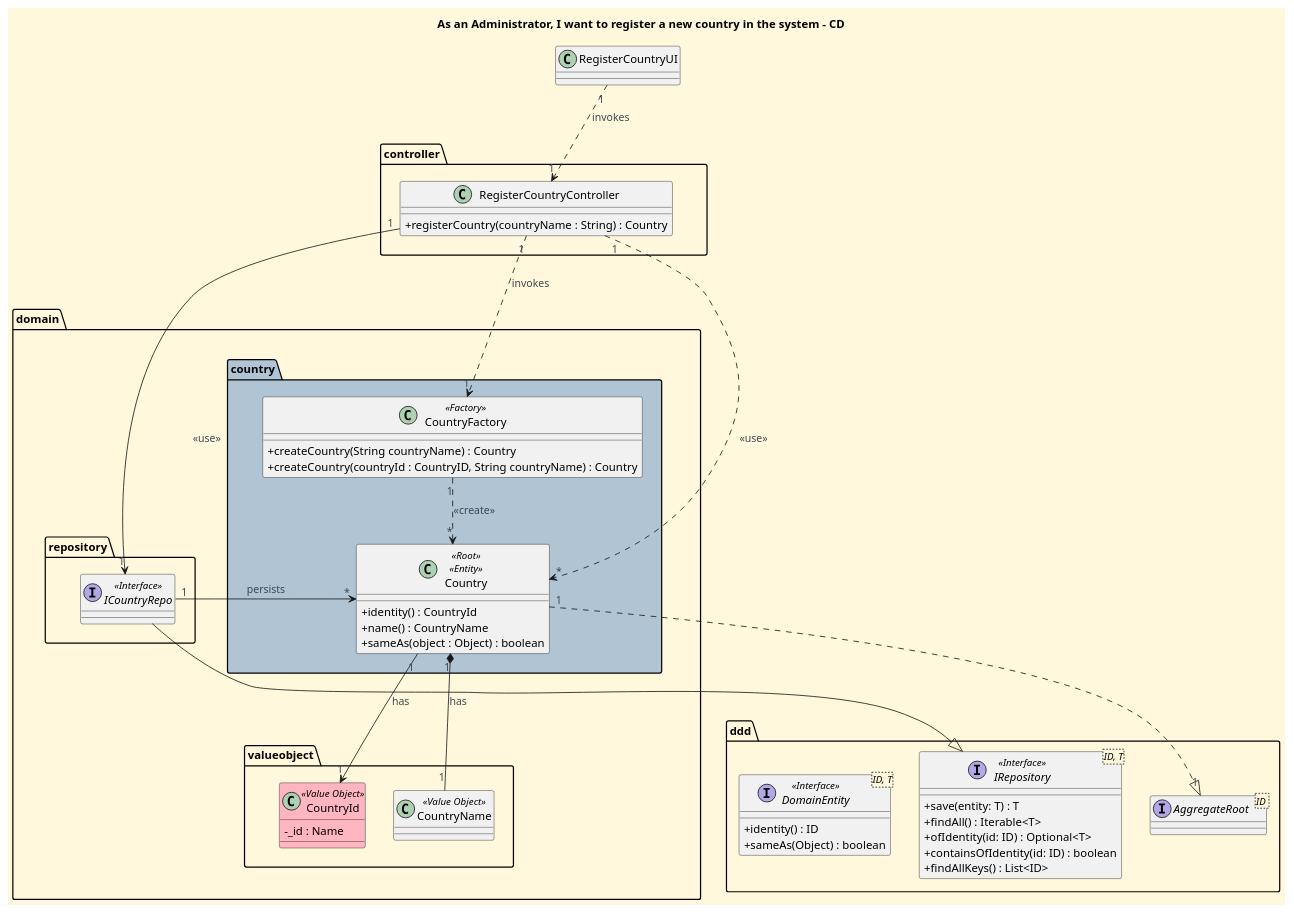
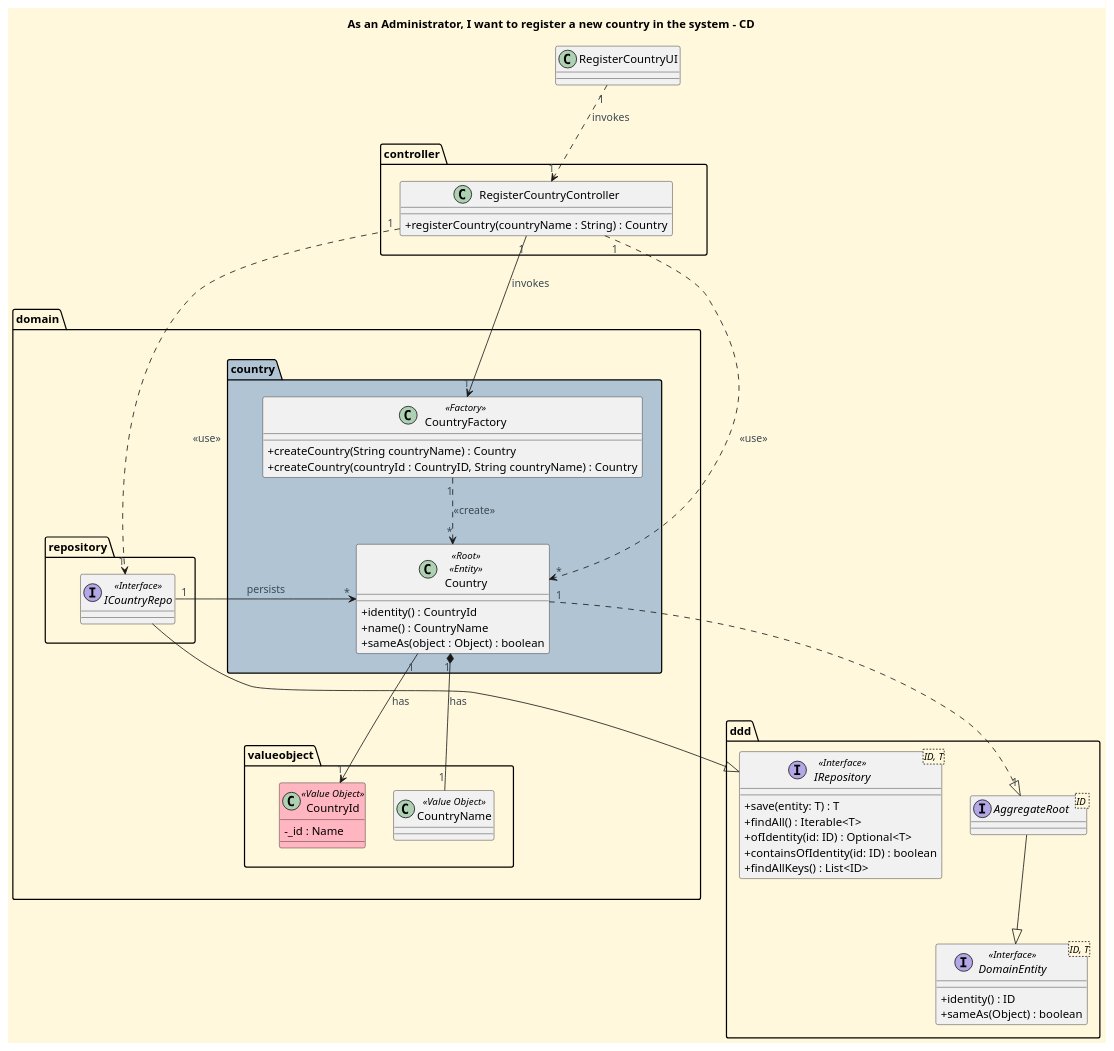
Before and after one commit to CarolinaLeite-collab/JavaMarketplacePlatform: the diagram in docs/functionalities/admin/register-country/Register_Country_CD.puml, drawn with PlantUML. The commit also changed 1 other file, not shown here.

Commit message:
refs #775 change in happy path from object to reconstructedObject to be more precise as to what's happening between persisted objects when returned to domain

```diff
--- a/docs/functionalities/admin/register-country/Register_Country_CD.puml
+++ b/docs/functionalities/admin/register-country/Register_Country_CD.puml
@@ -1,98 +1,99 @@
 @startuml
 title As an Administrator, I want to register a new country in the system - CD
 
 '==== basic style ====
 skinparam monochrome false
 skinparam shadowing false
 skinparam defaultFontName Futura
 skinparam objectFontSize 20
 skinparam backgroundColor CornSilk
 skinparam objectBackgroundColor WhiteSmoke
 skinparam noteBackgroundColor #FFFFE0
 skinparam ArrowFontColor #3B4953
 skinparam ActivationBackgroundColor black
 skinparam classAttributeIconSize 0
 
 ' Control the layout flow
 top to bottom direction
 
 class RegisterCountryUI {
 }
 
 package "controller" {
     class RegisterCountryController {
       + registerCountry(countryName : String) : Country
     }
 }
 
 package "domain" {
 
     package "country" #b0c4d4 {
         class Country <<Root>> <<Entity>> {
           + identity() : CountryId
           + name() : CountryName
           + sameAs(object : Object) : boolean
         }
 
         class CountryFactory <<Factory>> {
           +createCountry(String countryName) : Country
           +createCountry(countryId : CountryID, String countryName) : Country
         }
     }
 
     package "valueobject" {
         class CountryId <<Value Object>> #lightpink {
             -_id : Name
         }
         class CountryName <<Value Object>> {
         }
     }
 
     package "repository" {
         interface ICountryRepo <<Interface>> {
         }
     }
 }
 
 Package "ddd" {
     interface "IRepository<ID, T>" as IRepository <<Interface>> {
         +save(entity: T) : T
         +findAll() : Iterable<T>
         +ofIdentity(id: ID) : Optional<T>
         +containsOfIdentity(id: ID) : boolean
         +findAllKeys() : List<ID>
     }
 
     interface AggregateRoot <ID >{
     }
 
     interface DomainEntity<ID, T> <<Interface>> {
         +identity() : ID
         +sameAs(Object) : boolean
     }
 }
 
 '==== Visual Layout Alignment ====
 RegisterCountryUI -[hidden]down- controller
 controller -[hidden]down- domain
 country -[hidden]right- valueobject
 valueobject -[hidden]right- repository
 
 '==== Connections ====
 RegisterCountryUI "1" .> "1" RegisterCountryController : invokes
 
-RegisterCountryController "1" --> "1" ICountryRepo : <<use>>
-RegisterCountryController "1" ..> "1" CountryFactory : invokes
+RegisterCountryController "1" ..> "1" ICountryRepo : <<use>>
+RegisterCountryController "1" --> "1" CountryFactory : invokes
 RegisterCountryController "1" ..> "*" Country : <<use>>
 
 CountryFactory "1" ..> "*" Country : <<create>>
 
 Country "1" --> "1" CountryId : has
 Country "1" *-- "1" CountryName : has
 
 ICountryRepo --|> IRepository
 ICountryRepo "1" -> "*" Country : persists
 
 Country "1" .|> "1" AggregateRoot
+AggregateRoot --|> DomainEntity
 
 @enduml
```
